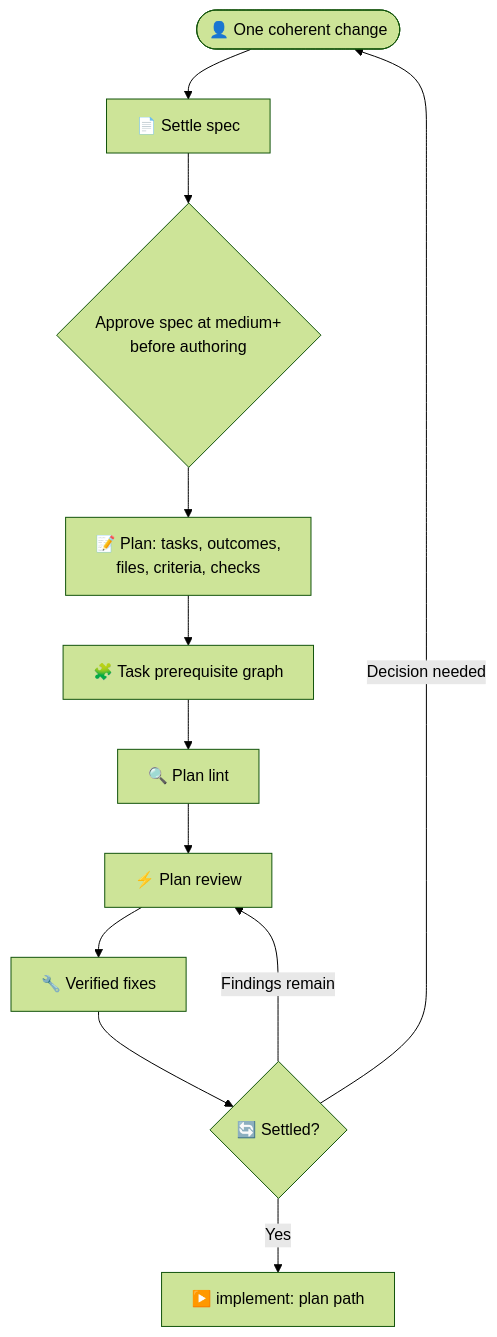
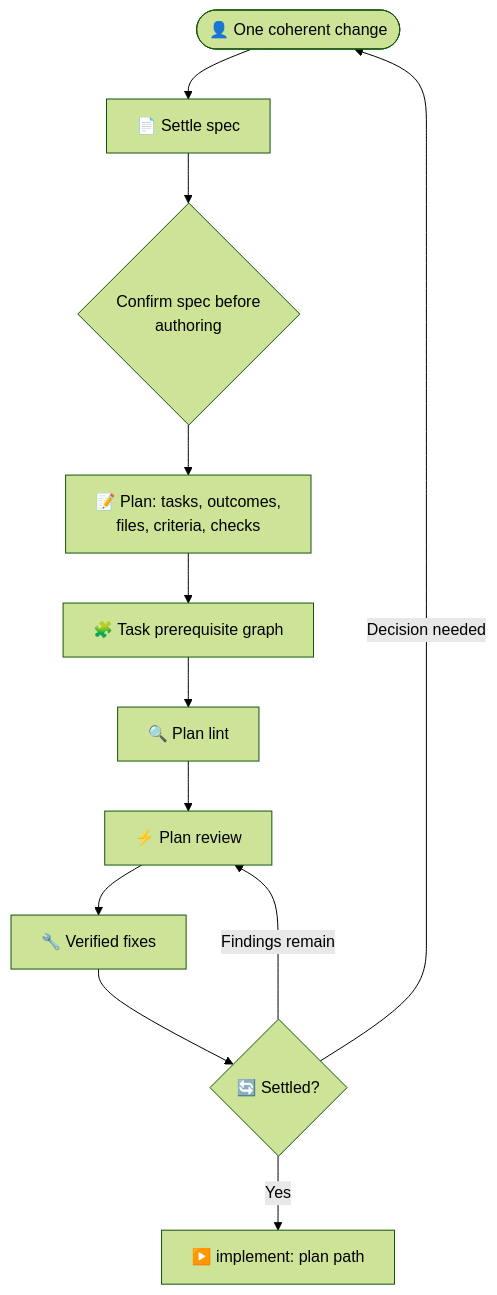
One commit to Gyunikuchan/dispatch-skills changed the diagram in skills/dispatch/references/readme/plan.md. Above: the diagram before and after it, drawn with Mermaid (forest theme). The commit also changed other lines of this file and 64 other files, not shown here.

````diff
--- a/skills/dispatch/references/readme/plan.md
+++ b/skills/dispatch/references/readme/plan.md
@@ -15,14 +15,14 @@
 ```mermaid
 flowchart TD
     User(["👤 One coherent change"]) --> Spec["📄 Settle spec"]
-    Spec --> SpecGate{"Approve spec at medium+<br/>before authoring"}
+    Spec --> SpecGate{"Confirm spec before<br/>authoring"}
     SpecGate --> Plan["📝 Plan: tasks, outcomes,<br/>files, criteria, checks"]
     Plan --> Graph["🧩 Task prerequisite graph"]
     Graph --> Lint["🔍 Plan lint"]
     Lint --> Review["⚡ Plan review"]
     Review --> Fix["🔧 Verified fixes"]
     Fix --> Settled{"🔄 Settled?"}
     Settled -->|Findings remain| Review
     Settled -->|Decision needed| User
     Settled -->|Yes| Next["▶️ implement: plan path"]
 ```
````
